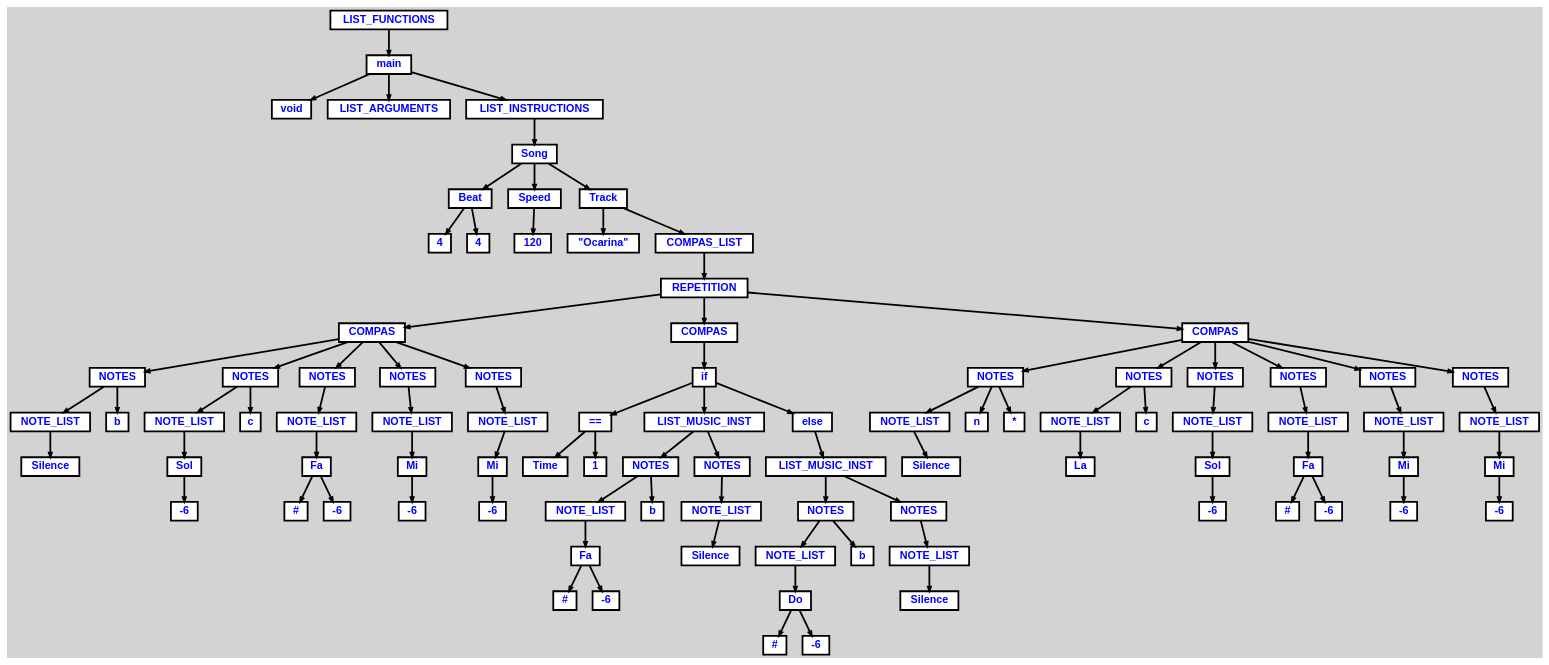
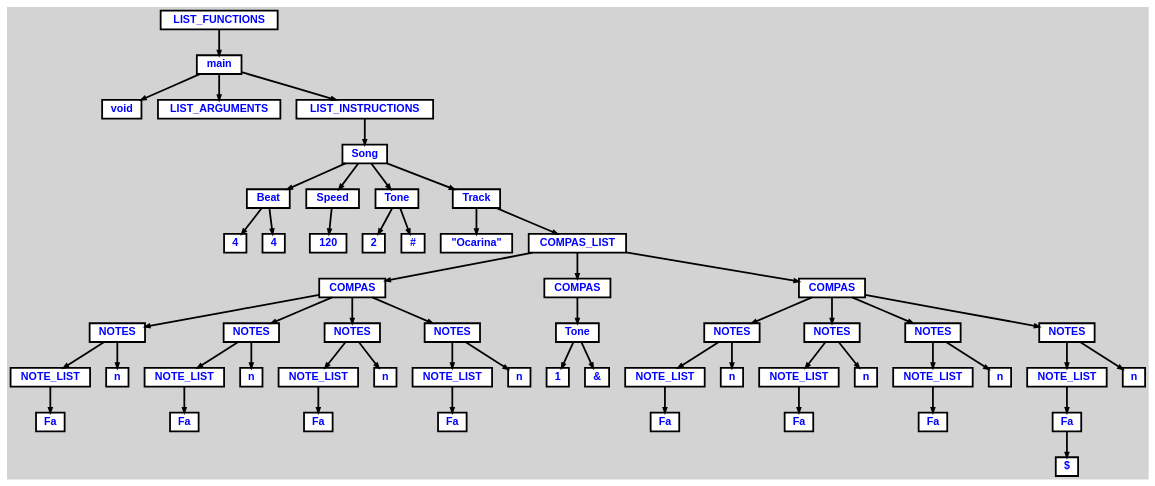
The diagram in tree.dot (mariofv/A-Music-Language), drawn with Graphviz before and after one commit. The commit also changed 10 other files, not shown here.

Commit message:
Now is possible to change tone in middle of a track and to create empty compas.

```diff
--- a/tree.dot
+++ b/tree.dot
@@ -22,137 +22,75 @@
   n9 [label="Speed"];
   n9 [label="Speed"];
   n10 [label="120"];
-  n11 [label="Track"];
-  n11 [label="Track"];
-  n12 [label="\"Ocarina\""];
-  n13 [label="COMPAS_LIST"];
-  n13 [label="COMPAS_LIST"];
-  n14 [label="REPETITION"];
-  n14 [label="REPETITION"];
-  n15 [label="COMPAS"];
-  n15 [label="COMPAS"];
-  n16 [label="NOTES"];
-  n16 [label="NOTES"];
-  n17 [label="NOTE_LIST"];
-  n17 [label="NOTE_LIST"];
-  n18 [label="Silence"];
-  n19 [label="b"];
-  n20 [label="NOTES"];
-  n20 [label="NOTES"];
-  n21 [label="NOTE_LIST"];
-  n21 [label="NOTE_LIST"];
-  n22 [label="Sol"];
-  n22 [label="Sol"];
-  n23 [label="-6"];
-  n24 [label="c"];
-  n25 [label="NOTES"];
-  n25 [label="NOTES"];
-  n26 [label="NOTE_LIST"];
-  n26 [label="NOTE_LIST"];
-  n27 [label="Fa"];
-  n27 [label="Fa"];
-  n28 [label="#"];
-  n29 [label="-6"];
+  n11 [label="Tone"];
+  n11 [label="Tone"];
+  n12 [label="2"];
+  n13 [label="#"];
+  n14 [label="Track"];
+  n14 [label="Track"];
+  n15 [label="\"Ocarina\""];
+  n16 [label="COMPAS_LIST"];
+  n16 [label="COMPAS_LIST"];
+  n17 [label="COMPAS"];
+  n17 [label="COMPAS"];
+  n18 [label="NOTES"];
+  n18 [label="NOTES"];
+  n19 [label="NOTE_LIST"];
+  n19 [label="NOTE_LIST"];
+  n20 [label="Fa"];
+  n21 [label="n"];
+  n22 [label="NOTES"];
+  n22 [label="NOTES"];
+  n23 [label="NOTE_LIST"];
+  n23 [label="NOTE_LIST"];
+  n24 [label="Fa"];
+  n25 [label="n"];
+  n26 [label="NOTES"];
+  n26 [label="NOTES"];
+  n27 [label="NOTE_LIST"];
+  n27 [label="NOTE_LIST"];
+  n28 [label="Fa"];
+  n29 [label="n"];
   n30 [label="NOTES"];
   n30 [label="NOTES"];
   n31 [label="NOTE_LIST"];
   n31 [label="NOTE_LIST"];
-  n32 [label="Mi"];
-  n32 [label="Mi"];
-  n33 [label="-6"];
-  n34 [label="NOTES"];
-  n34 [label="NOTES"];
-  n35 [label="NOTE_LIST"];
-  n35 [label="NOTE_LIST"];
-  n36 [label="Mi"];
-  n36 [label="Mi"];
-  n37 [label="-6"];
+  n32 [label="Fa"];
+  n33 [label="n"];
+  n34 [label="COMPAS"];
+  n34 [label="COMPAS"];
+  n35 [label="Tone"];
+  n35 [label="Tone"];
+  n36 [label="1"];
+  n37 [label="&"];
   n38 [label="COMPAS"];
   n38 [label="COMPAS"];
-  n39 [label="if"];
-  n39 [label="if"];
-  n40 [label="=="];
-  n40 [label="=="];
-  n41 [label="Time"];
-  n42 [label="1"];
-  n43 [label="LIST_MUSIC_INST"];
-  n43 [label="LIST_MUSIC_INST"];
-  n44 [label="NOTES"];
-  n44 [label="NOTES"];
-  n45 [label="NOTE_LIST"];
-  n45 [label="NOTE_LIST"];
-  n46 [label="Fa"];
-  n46 [label="Fa"];
-  n47 [label="#"];
-  n48 [label="-6"];
-  n49 [label="b"];
-  n50 [label="NOTES"];
-  n50 [label="NOTES"];
-  n51 [label="NOTE_LIST"];
-  n51 [label="NOTE_LIST"];
-  n52 [label="Silence"];
-  n53 [label="else"];
-  n53 [label="else"];
-  n54 [label="LIST_MUSIC_INST"];
-  n54 [label="LIST_MUSIC_INST"];
-  n55 [label="NOTES"];
-  n55 [label="NOTES"];
-  n56 [label="NOTE_LIST"];
-  n56 [label="NOTE_LIST"];
-  n57 [label="Do"];
-  n57 [label="Do"];
-  n58 [label="#"];
-  n59 [label="-6"];
-  n60 [label="b"];
-  n61 [label="NOTES"];
-  n61 [label="NOTES"];
-  n62 [label="NOTE_LIST"];
-  n62 [label="NOTE_LIST"];
-  n63 [label="Silence"];
-  n64 [label="COMPAS"];
-  n64 [label="COMPAS"];
-  n65 [label="NOTES"];
-  n65 [label="NOTES"];
-  n66 [label="NOTE_LIST"];
-  n66 [label="NOTE_LIST"];
-  n67 [label="Silence"];
-  n68 [label="n"];
-  n69 [label="*"];
-  n70 [label="NOTES"];
-  n70 [label="NOTES"];
-  n71 [label="NOTE_LIST"];
-  n71 [label="NOTE_LIST"];
-  n72 [label="La"];
-  n73 [label="c"];
-  n74 [label="NOTES"];
-  n74 [label="NOTES"];
-  n75 [label="NOTE_LIST"];
-  n75 [label="NOTE_LIST"];
-  n76 [label="Sol"];
-  n76 [label="Sol"];
-  n77 [label="-6"];
-  n78 [label="NOTES"];
-  n78 [label="NOTES"];
-  n79 [label="NOTE_LIST"];
-  n79 [label="NOTE_LIST"];
-  n80 [label="Fa"];
-  n80 [label="Fa"];
-  n81 [label="#"];
-  n82 [label="-6"];
-  n83 [label="NOTES"];
-  n83 [label="NOTES"];
-  n84 [label="NOTE_LIST"];
-  n84 [label="NOTE_LIST"];
-  n85 [label="Mi"];
-  n85 [label="Mi"];
-  n86 [label="-6"];
-  n87 [label="NOTES"];
-  n87 [label="NOTES"];
-  n88 [label="NOTE_LIST"];
-  n88 [label="NOTE_LIST"];
-  n89 [label="Mi"];
-  n89 [label="Mi"];
-  n90 [label="-6"];
+  n39 [label="NOTES"];
+  n39 [label="NOTES"];
+  n40 [label="NOTE_LIST"];
+  n40 [label="NOTE_LIST"];
+  n41 [label="Fa"];
+  n42 [label="n"];
+  n43 [label="NOTES"];
+  n43 [label="NOTES"];
+  n44 [label="NOTE_LIST"];
+  n44 [label="NOTE_LIST"];
+  n45 [label="Fa"];
+  n46 [label="n"];
+  n47 [label="NOTES"];
+  n47 [label="NOTES"];
+  n48 [label="NOTE_LIST"];
+  n48 [label="NOTE_LIST"];
+  n49 [label="Fa"];
+  n50 [label="n"];
+  n51 [label="NOTES"];
+  n51 [label="NOTES"];
+  n52 [label="NOTE_LIST"];
+  n52 [label="NOTE_LIST"];
+  n53 [label="Fa"];
+  n53 [label="Fa"];
+  n54 [label="$"];
+  n55 [label="n"];
 
   n0 -> n1 // "LIST_FUNCTIONS" -> "main"
   n1 -> n2 // "main" -> "void"
@@ -164,85 +102,50 @@
   n6 -> n8 // "Beat" -> "4"
   n5 -> n9 // "Song" -> "Speed"
   n9 -> n10 // "Speed" -> "120"
-  n5 -> n11 // "Song" -> "Track"
-  n11 -> n12 // "Track" -> "\"Ocarina\""
-  n11 -> n13 // "Track" -> "COMPAS_LIST"
-  n13 -> n14 // "COMPAS_LIST" -> "REPETITION"
-  n14 -> n15 // "REPETITION" -> "COMPAS"
-  n15 -> n16 // "COMPAS" -> "NOTES"
-  n16 -> n17 // "NOTES" -> "NOTE_LIST"
-  n17 -> n18 // "NOTE_LIST" -> "Silence"
-  n16 -> n19 // "NOTES" -> "b"
-  n15 -> n20 // "COMPAS" -> "NOTES"
-  n20 -> n21 // "NOTES" -> "NOTE_LIST"
-  n21 -> n22 // "NOTE_LIST" -> "Sol"
-  n22 -> n23 // "Sol" -> "-6"
-  n20 -> n24 // "NOTES" -> "c"
-  n15 -> n25 // "COMPAS" -> "NOTES"
-  n25 -> n26 // "NOTES" -> "NOTE_LIST"
-  n26 -> n27 // "NOTE_LIST" -> "Fa"
-  n27 -> n28 // "Fa" -> "#"
-  n27 -> n29 // "Fa" -> "-6"
-  n15 -> n30 // "COMPAS" -> "NOTES"
+  n5 -> n11 // "Song" -> "Tone"
+  n11 -> n12 // "Tone" -> "2"
+  n11 -> n13 // "Tone" -> "#"
+  n5 -> n14 // "Song" -> "Track"
+  n14 -> n15 // "Track" -> "\"Ocarina\""
+  n14 -> n16 // "Track" -> "COMPAS_LIST"
+  n16 -> n17 // "COMPAS_LIST" -> "COMPAS"
+  n17 -> n18 // "COMPAS" -> "NOTES"
+  n18 -> n19 // "NOTES" -> "NOTE_LIST"
+  n19 -> n20 // "NOTE_LIST" -> "Fa"
+  n18 -> n21 // "NOTES" -> "n"
+  n17 -> n22 // "COMPAS" -> "NOTES"
+  n22 -> n23 // "NOTES" -> "NOTE_LIST"
+  n23 -> n24 // "NOTE_LIST" -> "Fa"
+  n22 -> n25 // "NOTES" -> "n"
+  n17 -> n26 // "COMPAS" -> "NOTES"
+  n26 -> n27 // "NOTES" -> "NOTE_LIST"
+  n27 -> n28 // "NOTE_LIST" -> "Fa"
+  n26 -> n29 // "NOTES" -> "n"
+  n17 -> n30 // "COMPAS" -> "NOTES"
   n30 -> n31 // "NOTES" -> "NOTE_LIST"
-  n31 -> n32 // "NOTE_LIST" -> "Mi"
-  n32 -> n33 // "Mi" -> "-6"
-  n15 -> n34 // "COMPAS" -> "NOTES"
-  n34 -> n35 // "NOTES" -> "NOTE_LIST"
-  n35 -> n36 // "NOTE_LIST" -> "Mi"
-  n36 -> n37 // "Mi" -> "-6"
-  n14 -> n38 // "REPETITION" -> "COMPAS"
-  n38 -> n39 // "COMPAS" -> "if"
-  n39 -> n40 // "if" -> "=="
-  n40 -> n41 // "==" -> "Time"
-  n40 -> n42 // "==" -> "1"
-  n39 -> n43 // "if" -> "LIST_MUSIC_INST"
-  n43 -> n44 // "LIST_MUSIC_INST" -> "NOTES"
-  n44 -> n45 // "NOTES" -> "NOTE_LIST"
-  n45 -> n46 // "NOTE_LIST" -> "Fa"
-  n46 -> n47 // "Fa" -> "#"
-  n46 -> n48 // "Fa" -> "-6"
-  n44 -> n49 // "NOTES" -> "b"
-  n43 -> n50 // "LIST_MUSIC_INST" -> "NOTES"
-  n50 -> n51 // "NOTES" -> "NOTE_LIST"
-  n51 -> n52 // "NOTE_LIST" -> "Silence"
-  n39 -> n53 // "if" -> "else"
-  n53 -> n54 // "else" -> "LIST_MUSIC_INST"
-  n54 -> n55 // "LIST_MUSIC_INST" -> "NOTES"
-  n55 -> n56 // "NOTES" -> "NOTE_LIST"
-  n56 -> n57 // "NOTE_LIST" -> "Do"
-  n57 -> n58 // "Do" -> "#"
-  n57 -> n59 // "Do" -> "-6"
-  n55 -> n60 // "NOTES" -> "b"
-  n54 -> n61 // "LIST_MUSIC_INST" -> "NOTES"
-  n61 -> n62 // "NOTES" -> "NOTE_LIST"
-  n62 -> n63 // "NOTE_LIST" -> "Silence"
-  n14 -> n64 // "REPETITION" -> "COMPAS"
-  n64 -> n65 // "COMPAS" -> "NOTES"
-  n65 -> n66 // "NOTES" -> "NOTE_LIST"
-  n66 -> n67 // "NOTE_LIST" -> "Silence"
-  n65 -> n68 // "NOTES" -> "n"
-  n65 -> n69 // "NOTES" -> "*"
-  n64 -> n70 // "COMPAS" -> "NOTES"
-  n70 -> n71 // "NOTES" -> "NOTE_LIST"
-  n71 -> n72 // "NOTE_LIST" -> "La"
-  n70 -> n73 // "NOTES" -> "c"
-  n64 -> n74 // "COMPAS" -> "NOTES"
-  n74 -> n75 // "NOTES" -> "NOTE_LIST"
-  n75 -> n76 // "NOTE_LIST" -> "Sol"
-  n76 -> n77 // "Sol" -> "-6"
-  n64 -> n78 // "COMPAS" -> "NOTES"
-  n78 -> n79 // "NOTES" -> "NOTE_LIST"
-  n79 -> n80 // "NOTE_LIST" -> "Fa"
-  n80 -> n81 // "Fa" -> "#"
-  n80 -> n82 // "Fa" -> "-6"
-  n64 -> n83 // "COMPAS" -> "NOTES"
-  n83 -> n84 // "NOTES" -> "NOTE_LIST"
-  n84 -> n85 // "NOTE_LIST" -> "Mi"
-  n85 -> n86 // "Mi" -> "-6"
-  n64 -> n87 // "COMPAS" -> "NOTES"
-  n87 -> n88 // "NOTES" -> "NOTE_LIST"
-  n88 -> n89 // "NOTE_LIST" -> "Mi"
-  n89 -> n90 // "Mi" -> "-6"
+  n31 -> n32 // "NOTE_LIST" -> "Fa"
+  n30 -> n33 // "NOTES" -> "n"
+  n16 -> n34 // "COMPAS_LIST" -> "COMPAS"
+  n34 -> n35 // "COMPAS" -> "Tone"
+  n35 -> n36 // "Tone" -> "1"
+  n35 -> n37 // "Tone" -> "&"
+  n16 -> n38 // "COMPAS_LIST" -> "COMPAS"
+  n38 -> n39 // "COMPAS" -> "NOTES"
+  n39 -> n40 // "NOTES" -> "NOTE_LIST"
+  n40 -> n41 // "NOTE_LIST" -> "Fa"
+  n39 -> n42 // "NOTES" -> "n"
+  n38 -> n43 // "COMPAS" -> "NOTES"
+  n43 -> n44 // "NOTES" -> "NOTE_LIST"
+  n44 -> n45 // "NOTE_LIST" -> "Fa"
+  n43 -> n46 // "NOTES" -> "n"
+  n38 -> n47 // "COMPAS" -> "NOTES"
+  n47 -> n48 // "NOTES" -> "NOTE_LIST"
+  n48 -> n49 // "NOTE_LIST" -> "Fa"
+  n47 -> n50 // "NOTES" -> "n"
+  n38 -> n51 // "COMPAS" -> "NOTES"
+  n51 -> n52 // "NOTES" -> "NOTE_LIST"
+  n52 -> n53 // "NOTE_LIST" -> "Fa"
+  n53 -> n54 // "Fa" -> "$"
+  n51 -> n55 // "NOTES" -> "n"
 
 }
```
